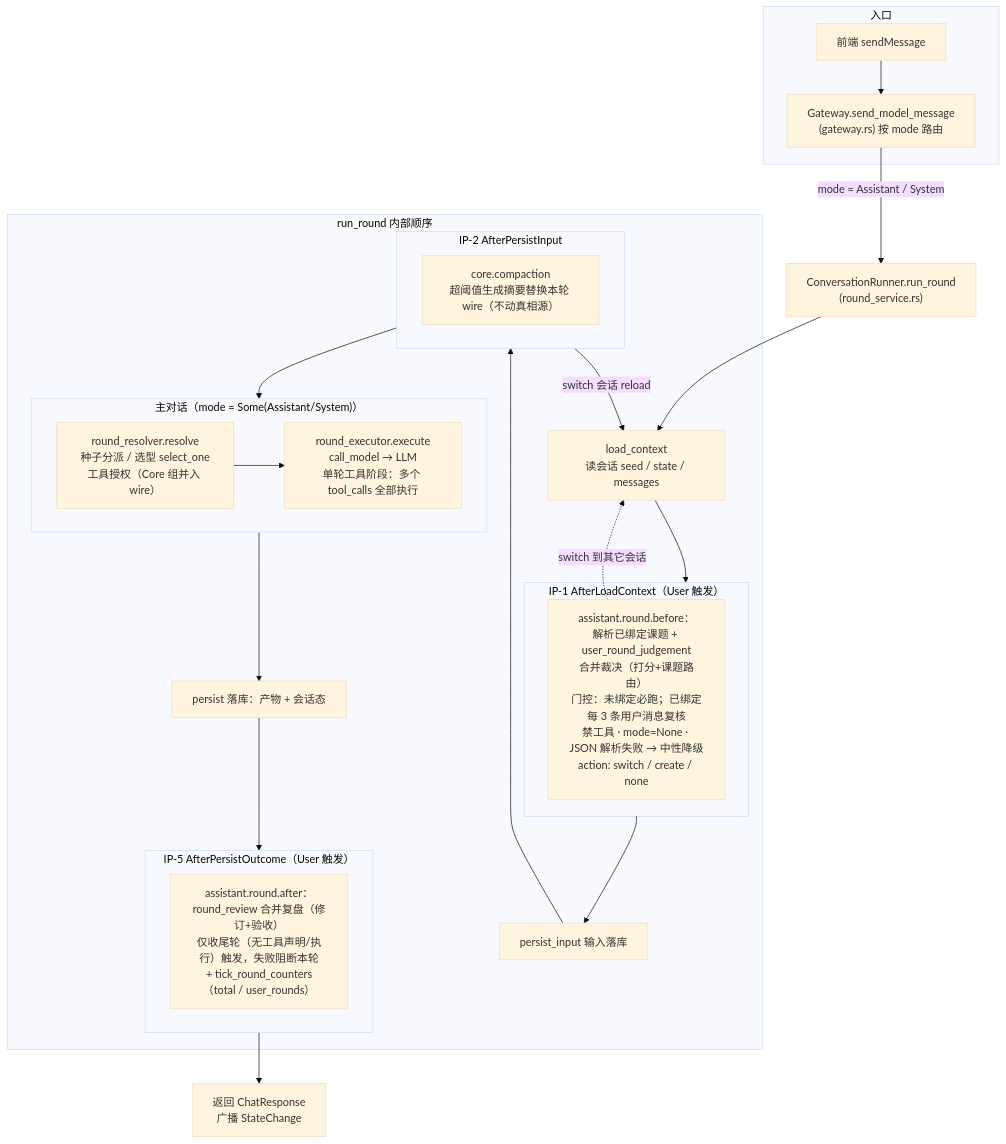
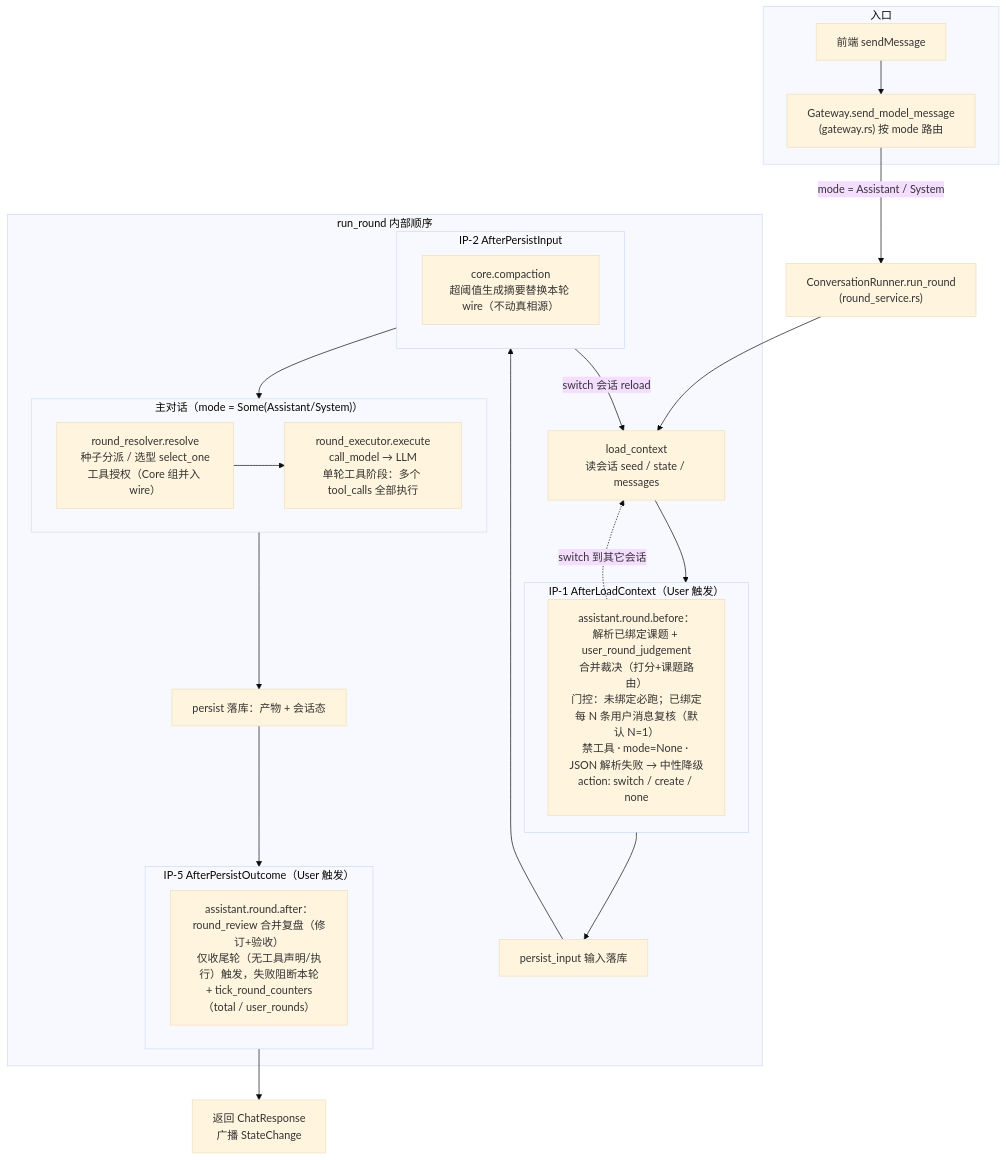
Before and after one commit to luoanb/new-start: the fourth of 5 diagrams in docs/pulsar/architecture.md, drawn with Mermaid (base theme). The commit also changed 6 other files, not shown here.

````diff
--- a/docs/pulsar/architecture.md
+++ b/docs/pulsar/architecture.md
@@ -446,31 +446,31 @@
 ```mermaid
 flowchart TB
   subgraph ent["入口"]
     UI["前端 sendMessage"] --> GW["Gateway.send_model_message<br/>(gateway.rs) 按 mode 路由"]
   end
   GW -->|"mode = Assistant / System"| RUNNER["ConversationRunner.run_round<br/>(round_service.rs)"]
 
   subgraph runner["run_round 内部顺序"]
     LC["load_context<br/>读会话 seed / state / messages"]
     subgraph ip1["IP-1 AfterLoadContext（User 触发）"]
-      RBT["assistant.round.before：<br/>解析已绑定课题 + user_round_judgement<br/>合并裁决（打分+课题路由）<br/>门控：未绑定必跑；已绑定每 3 条用户消息复核<br/>禁工具 · mode=None · JSON 解析失败 → 中性降级<br/>action: switch / create / none"]
+      RBT["assistant.round.before：<br/>解析已绑定课题 + user_round_judgement<br/>合并裁决（打分+课题路由）<br/>门控：未绑定必跑；已绑定每 N 条用户消息复核（默认 N=1）<br/>禁工具 · mode=None · JSON 解析失败 → 中性降级<br/>action: switch / create / none"]
     end
     PI["persist_input 输入落库"]
     subgraph ip2["IP-2 AfterPersistInput"]
       CMP["core.compaction<br/>超阈值生成摘要替换本轮 wire（不动真相源）"]
     end
     subgraph coreph["主对话（mode = Some(Assistant/System)）"]
       RR["round_resolver.resolve<br/>种子分派 / 选型 select_one<br/>工具授权（Core 组并入 wire）"] --> EX["round_executor.execute<br/>call_model → LLM<br/>单轮工具阶段：多个 tool_calls 全部执行"]
     end
     PO["persist 落库：产物 + 会话态"]
     subgraph ip5["IP-5 AfterPersistOutcome（User 触发）"]
       AH["assistant.round.after：<br/>round_review 合并复盘（修订+验收）<br/>仅收尾轮（无工具声明/执行）触发，失败阻断本轮<br/>+ tick_round_counters（total / user_rounds）"]
     end
   end
 
   RUNNER --> LC --> ip1 --> PI --> ip2
   ip2 -->|"switch 会话 reload"| LC
   ip2 --> coreph --> PO --> ip5
   ip5 --> RES["返回 ChatResponse<br/>广播 StateChange"]
   RBT -.->|"switch 到其它会话"| LC
 ```
````
